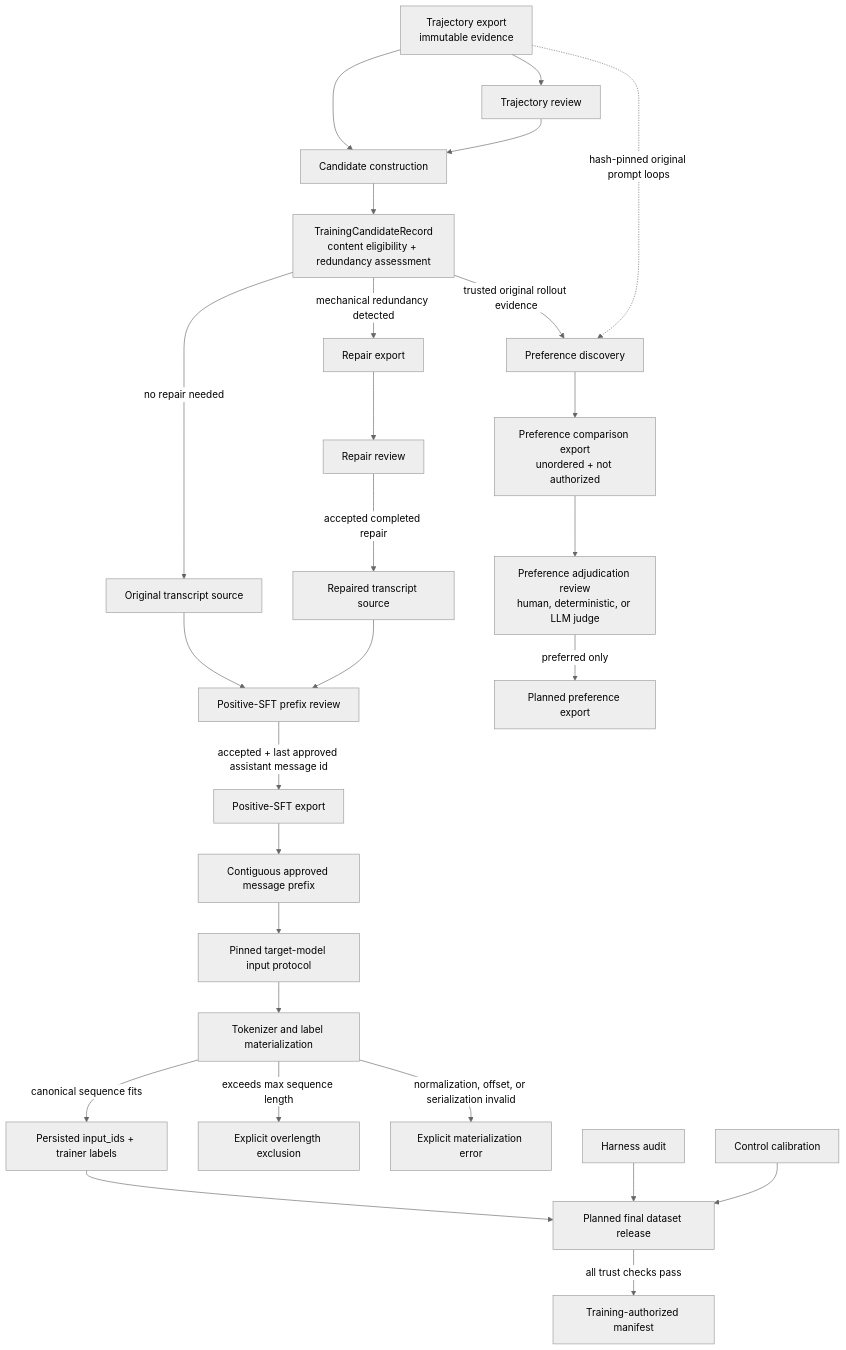
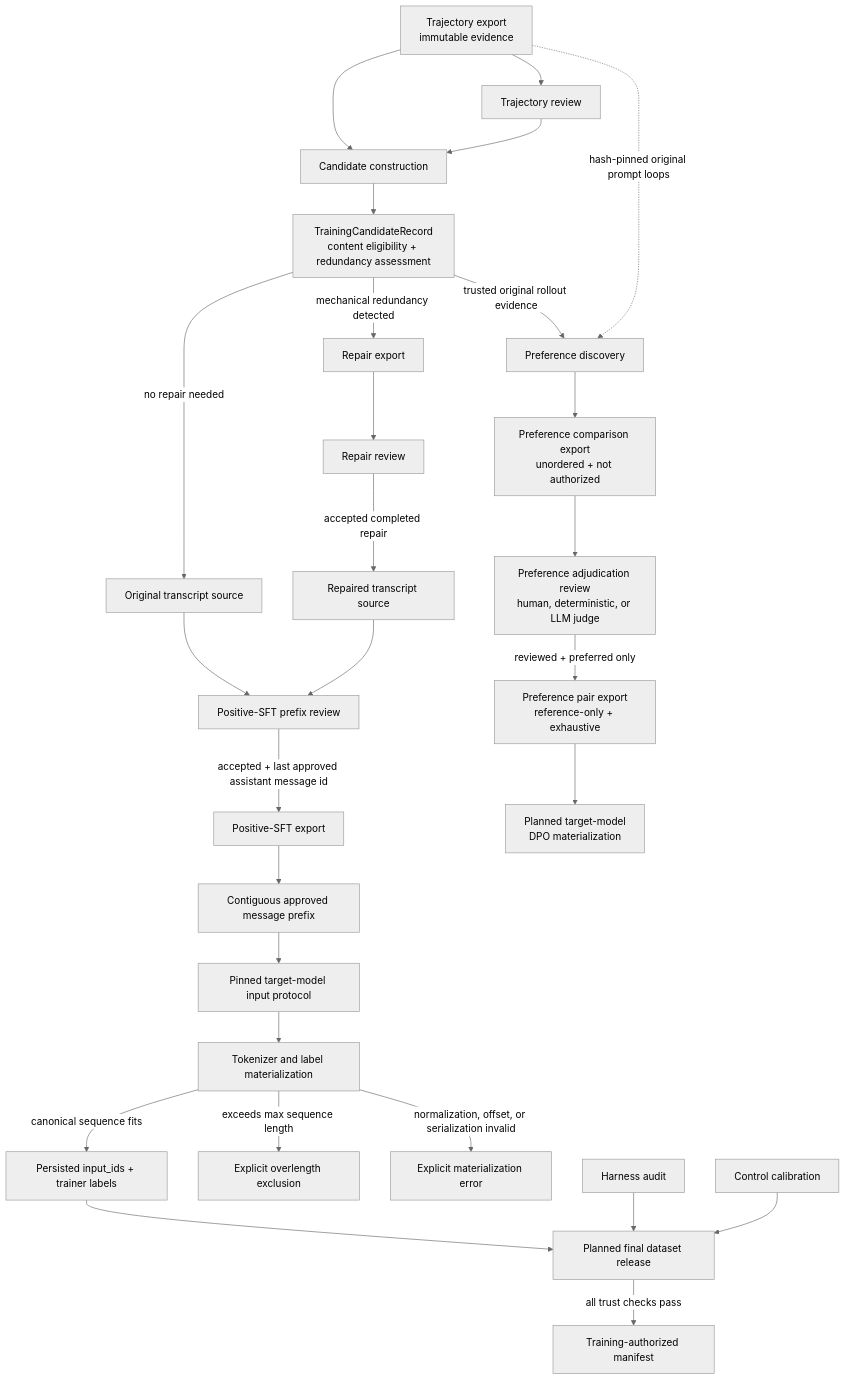
One commit to kshitijg92/agentenv-posttraining-lab changed the diagram in src/agentenv/training/README.md. Above: the diagram before and after it, drawn with Mermaid (neutral theme). The commit also changed other lines of this file and 12 other files, not shown here.

Commit message:
add preference pair export

````diff
--- a/src/agentenv/training/README.md
+++ b/src/agentenv/training/README.md
@@ -38,33 +38,34 @@
 ```mermaid
 flowchart TD
     T[Trajectory export<br/>immutable evidence] --> TR[Trajectory review]
     T --> C
     TR --> C[Candidate construction]
 
     C --> TC[TrainingCandidateRecord<br/>content eligibility + redundancy assessment]
     TC -->|no repair needed| O[Original transcript source]
     TC -->|mechanical redundancy detected| RE[Repair export]
     RE --> RR[Repair review]
     RR -->|accepted completed repair| RP[Repaired transcript source]
 
     O --> SR[Positive-SFT prefix review]
     RP --> SR
     SR -->|accepted + last approved assistant message id| SE[Positive-SFT export]
     SE --> P[Contiguous approved message prefix]
     P --> IP[Pinned target-model input protocol]
     IP --> TM[Tokenizer and label materialization]
     TM -->|canonical sequence fits| TS[Persisted input_ids + trainer labels]
     TM -->|exceeds max sequence length| OE[Explicit overlength exclusion]
     TM -->|normalization, offset, or serialization invalid| ME[Explicit materialization error]
 
     TC -->|trusted original rollout evidence| PD[Preference discovery]
     T -. hash-pinned original prompt loops .-> PD
     PD --> PC[Preference comparison export<br/>unordered + not authorized]
     PC --> PA[Preference adjudication review<br/>human, deterministic, or LLM judge]
-    PA -->|preferred only| PE[Planned preference export]
+    PA -->|reviewed + preferred only| PE[Preference pair export<br/>reference-only + exhaustive]
+    PE --> DM[Planned target-model<br/>DPO materialization]
 
     TS --> DR[Planned final dataset release]
     HA[Harness audit] --> DR
     CC[Control calibration] --> DR
     DR -->|all trust checks pass| AU[Training-authorized manifest]
 ```
````
